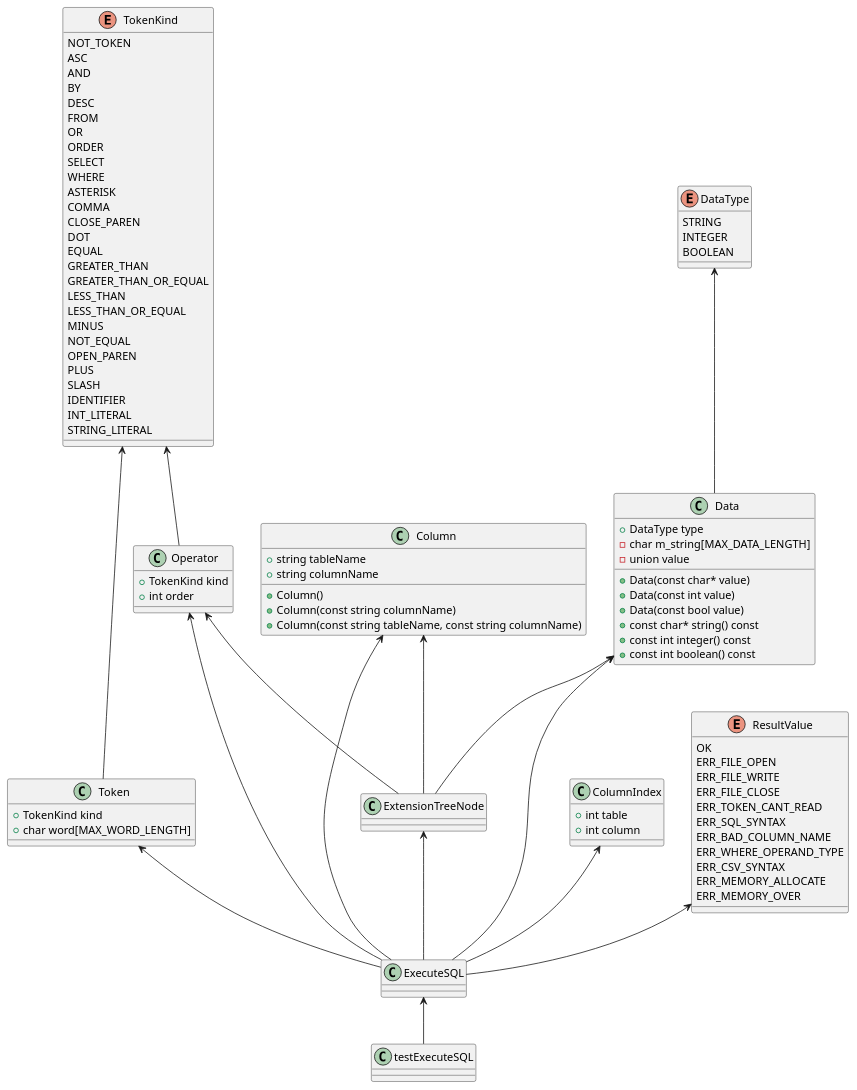
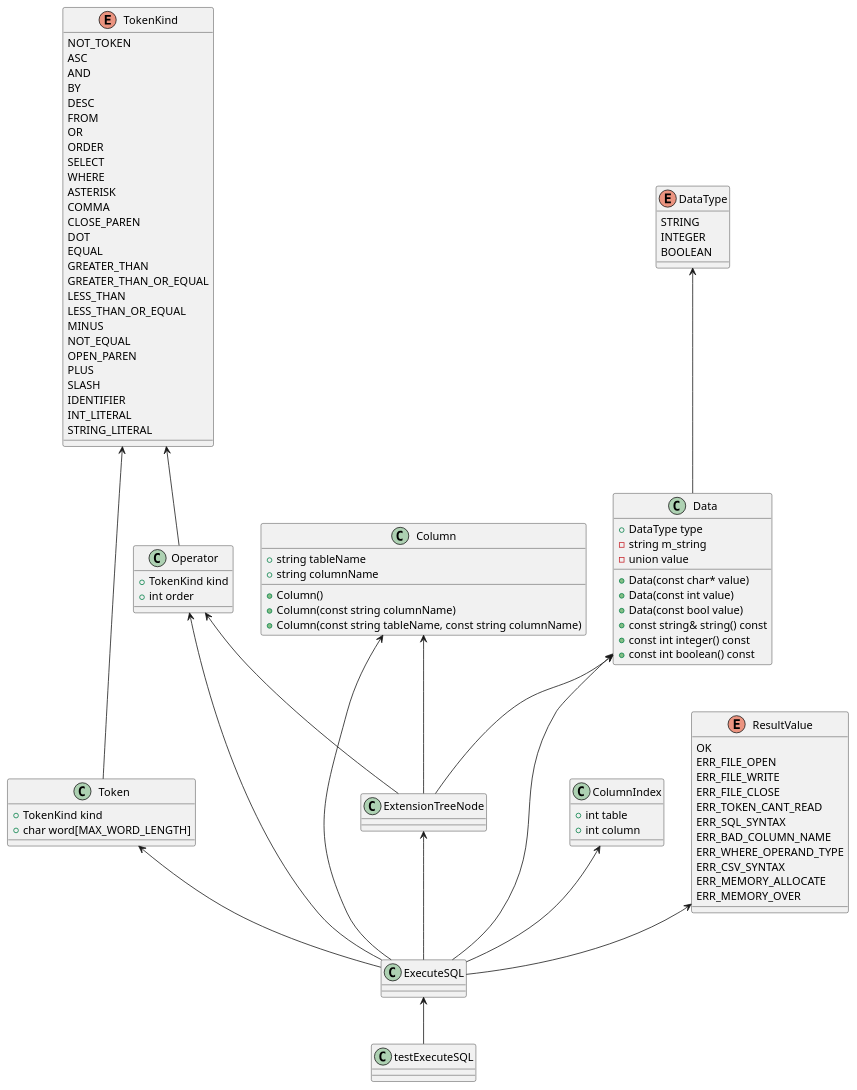
The diagram in ExecuteSQL.pu (yotten/TinySQL), drawn with PlantUML before and after one commit. The commit also changed 5 other files, not shown here.

```diff
--- a/ExecuteSQL.pu
+++ b/ExecuteSQL.pu
@@ -1,98 +1,98 @@
 @startuml
 
 class testExecuteSQL {}
 class ExecuteSQL {}
 class Data {
     +DataType type
-	-char m_string[MAX_DATA_LENGTH]
+	-string m_string
 	-union value
 	+Data(const char* value)
 	+Data(const int value)
 	+Data(const bool value)
-	+const char* string() const
+	+const string& string() const
 	+const int integer() const
 	+const int boolean() const
 }
 class Operator{
     +TokenKind kind
     +int order
 }
 class Token{
     +TokenKind kind
     +char word[MAX_WORD_LENGTH]
 }
 class ExtensionTreeNode{}
 class ColumnIndex{
     +int table
     +int column
 }
 class Column{
     +string tableName
     +string columnName
     +Column()
     +Column(const string columnName)
     +Column(const string tableName, const string columnName)
 }
 enum DataType{
    	STRING
 	INTEGER
 	BOOLEAN
 }
 enum TokenKind{
     NOT_TOKEN
 	ASC
 	AND
 	BY
 	DESC
 	FROM
 	OR
 	ORDER
 	SELECT
 	WHERE
 	ASTERISK
 	COMMA
 	CLOSE_PAREN
 	DOT
 	EQUAL
 	GREATER_THAN
 	GREATER_THAN_OR_EQUAL
 	LESS_THAN
 	LESS_THAN_OR_EQUAL
 	MINUS
 	NOT_EQUAL
 	OPEN_PAREN
 	PLUS
 	SLASH
 	IDENTIFIER
 	INT_LITERAL
 	STRING_LITERAL
 }
 enum ResultValue{
     OK
 	ERR_FILE_OPEN
 	ERR_FILE_WRITE
 	ERR_FILE_CLOSE
 	ERR_TOKEN_CANT_READ
 	ERR_SQL_SYNTAX
 	ERR_BAD_COLUMN_NAME
 	ERR_WHERE_OPERAND_TYPE
 	ERR_CSV_SYNTAX
 	ERR_MEMORY_ALLOCATE
 	ERR_MEMORY_OVER
 }
 
 ExecuteSQL <-- testExecuteSQL
 Data <-- ExecuteSQL
 Operator <-- ExecuteSQL
 Token <-- ExecuteSQL
 ExtensionTreeNode <-- ExecuteSQL
 ColumnIndex <-- ExecuteSQL
 Column <-- ExecuteSQL
 ResultValue <-- ExecuteSQL
 DataType <-- Data
 TokenKind <-- Token
 TokenKind <-- Operator
 Operator <-- ExtensionTreeNode
 Column <-- ExtensionTreeNode
 Data <-- ExtensionTreeNode
 @enduml
```
